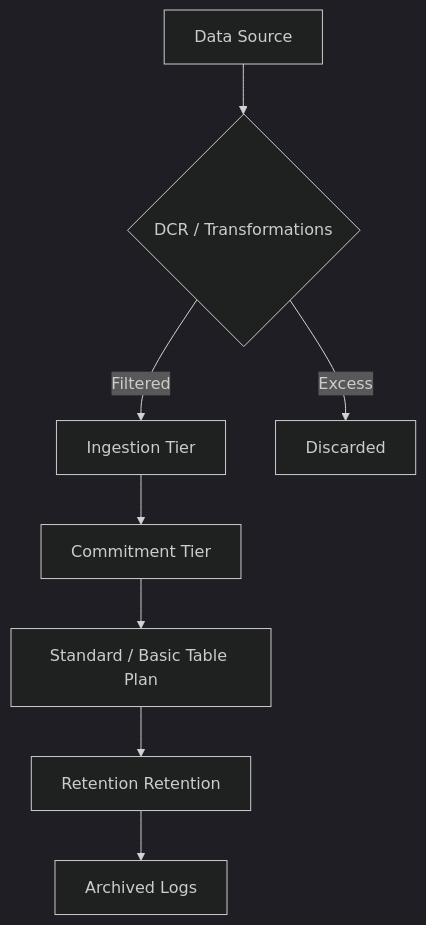
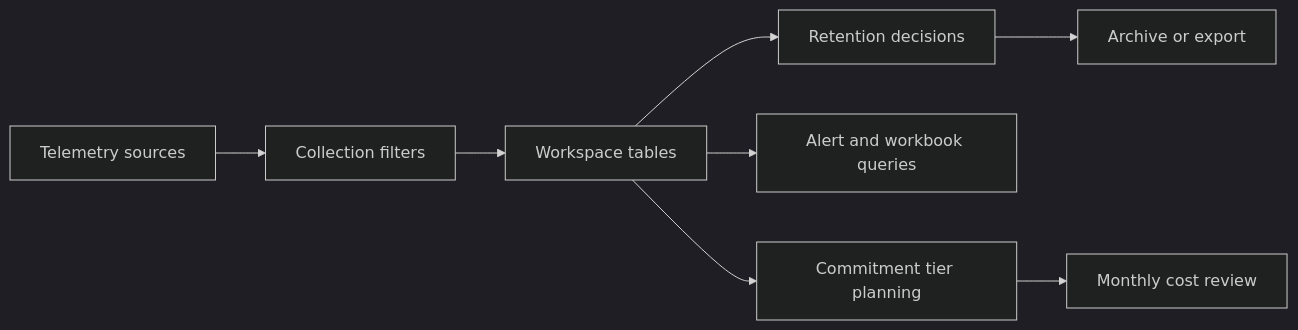
Before and after one commit to yeongseon/azure-monitoring-practical-guide: the diagram in docs/best-practices/cost-optimization.md, drawn with Mermaid (dark theme). The commit also changed other lines of this file and 50 other files, not shown here.

````diff
--- a/docs/best-practices/cost-optimization.md
+++ b/docs/best-practices/cost-optimization.md
@@ -5,10 +5,10 @@
 ```mermaid
-graph TD
-    A[Data Source] --> B{DCR / Transformations}
-    B -->|Filtered| C[Ingestion Tier]
-    B -->|Excess| D[Discarded]
-    C --> E[Commitment Tier]
-    E --> F[Standard / Basic Table Plan]
-    F --> G[Retention Retention]
-    G --> H[Archived Logs]
+flowchart LR
+    A[Telemetry sources] --> B[Collection filters]
+    B --> C[Workspace tables]
+    C --> D[Retention decisions]
+    C --> E[Alert and workbook queries]
+    D --> F[Archive or export]
+    C --> G[Commitment tier planning]
+    G --> H[Monthly cost review]
 ```
````
